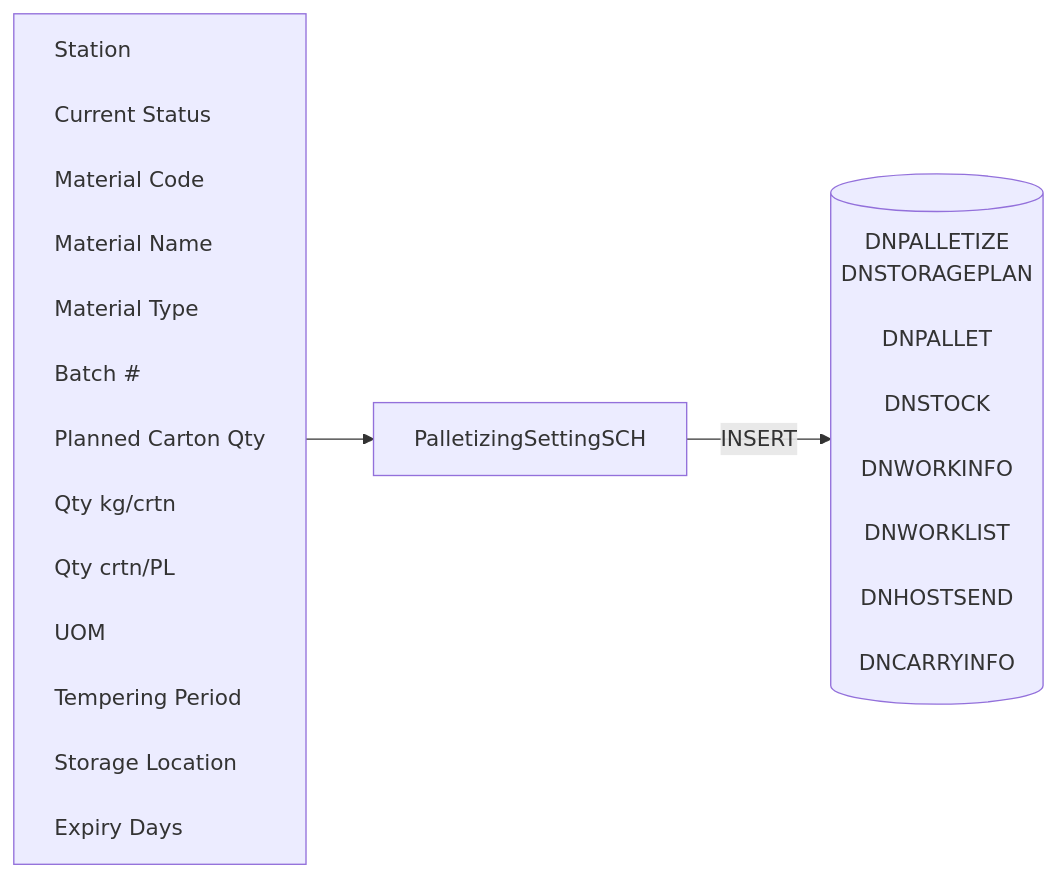
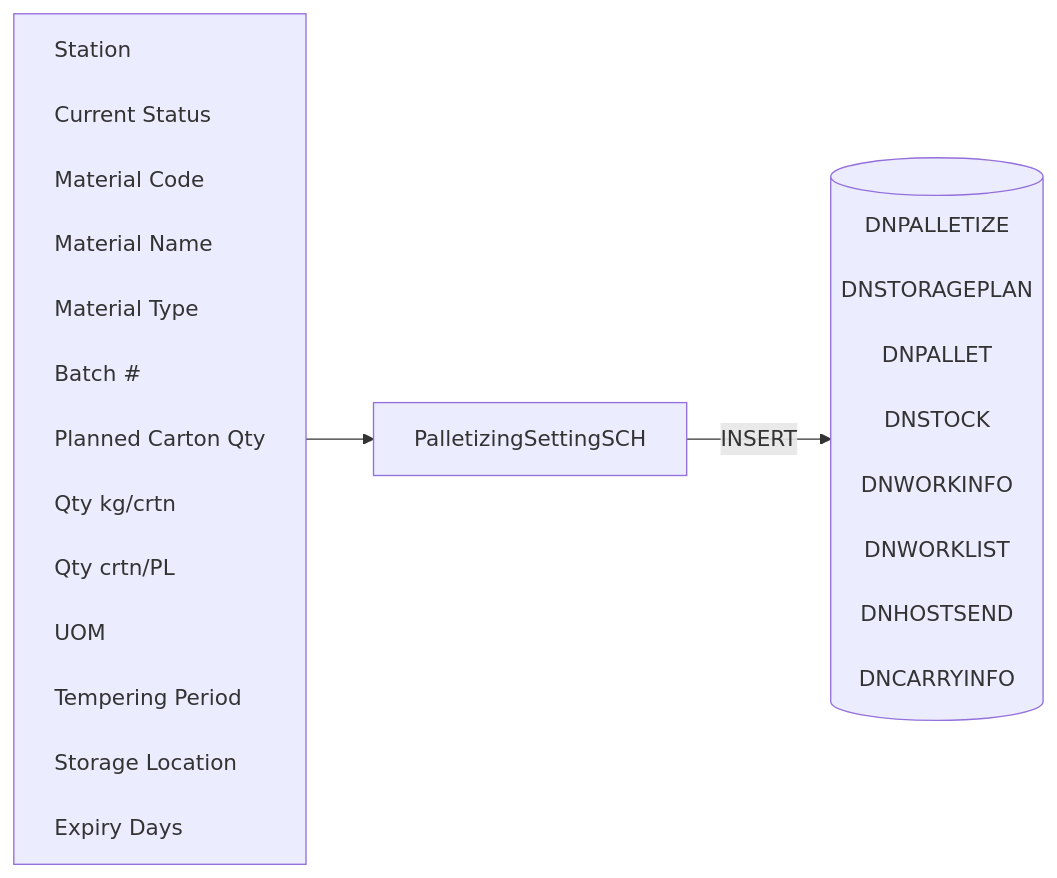
Before and after one commit to luthfiadityaa/SimeDarby-Wiki: the first of 6 diagrams in Basic-Design/DFD-WMS/Storage/Palletizing-Settting/Palletize-Start.md, drawn with Mermaid.

Commit message:
Updated Palletize Start

```diff
--- a/Basic-Design/DFD-WMS/Storage/Palletizing-Settting/Palletize-Start.md
+++ b/Basic-Design/DFD-WMS/Storage/Palletizing-Settting/Palletize-Start.md
@@ -22,36 +22,36 @@
 ::: mermaid
 flowchart LR
     input[
         Station<br>
         Current Status<br>
         Material Code<br>
         Material Name<br>
         Material Type<br>
         Batch #<br>
         Planned Carton Qty<br>
         Qty kg/crtn<br>
         Qty crtn/PL<br>
         UOM<br>
         Tempering Period<br>
         Storage Location<br>
         Expiry Days<br>
     ]
 
     tableList-insert[("
-        DNPALLETIZE
+        DNPALLETIZE<br>
         DNSTORAGEPLAN<br>
         DNPALLET<br>
         DNSTOCK<br>
         DNWORKINFO<br>
         DNWORKLIST<br>
         DNHOSTSEND<br>
         DNCARRYINFO<br>
     ")]
 
     className[PalletizingSettingSCH]
 
     input --> className --> |INSERT| tableList-insert
 
     classDef leftAlign text-align:left;
     class input leftAlign;
 :::
```
